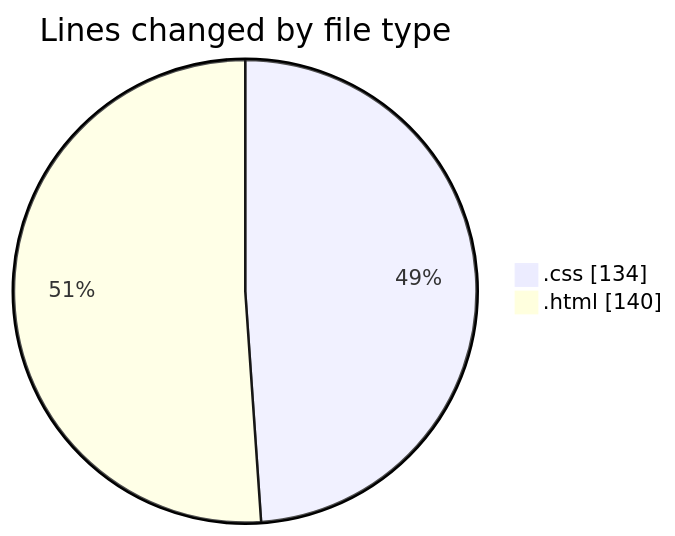
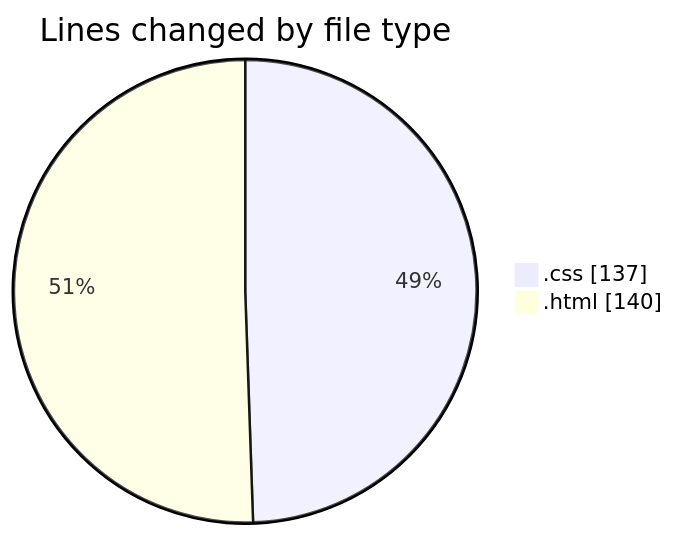
The first of 2 diagrams in 2025-02-07/recipe-page-main/README.md (NitaiMahat/code-tracking), drawn with Mermaid before and after one commit. The commit also changed other lines of this file and 1 other file, not shown here.

````diff
--- a/2025-02-07/recipe-page-main/README.md
+++ b/2025-02-07/recipe-page-main/README.md
@@ -21,6 +21,6 @@
 ```mermaid
 pie showData
 title Lines changed by file type
-".css" : 134
+".css" : 137
 ".html" : 140
 ```
````
